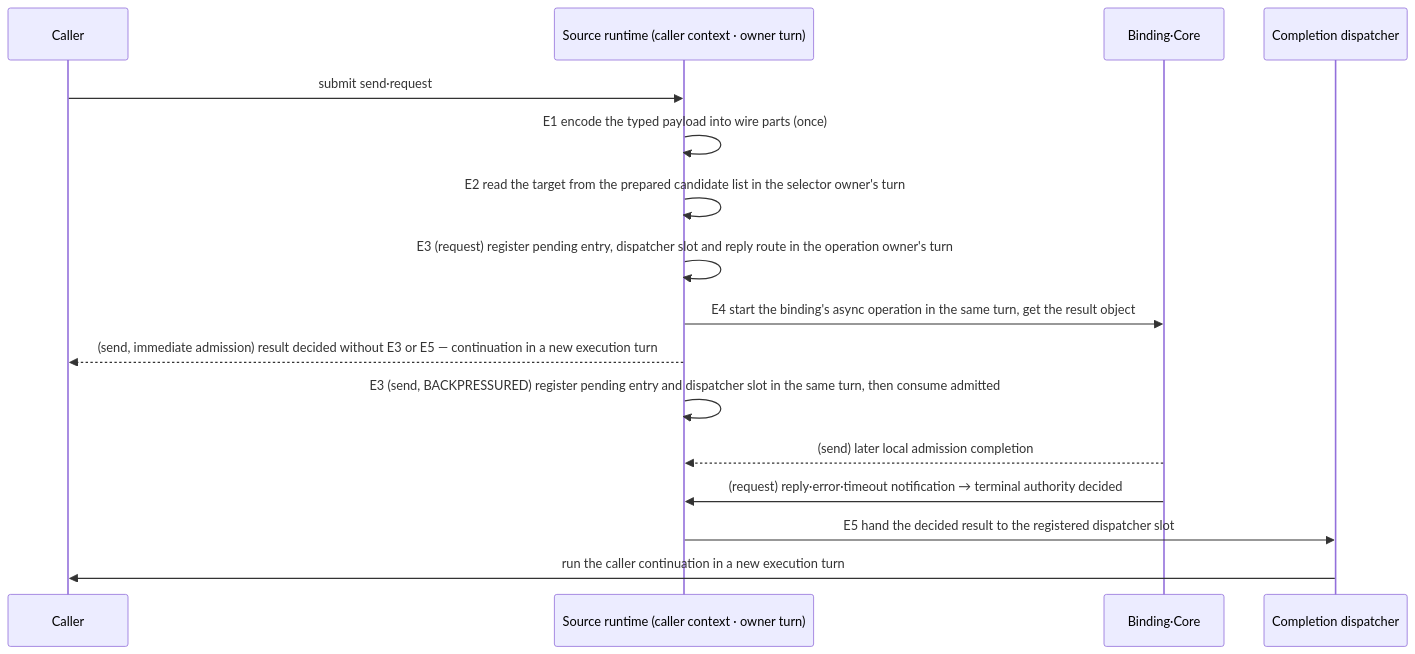
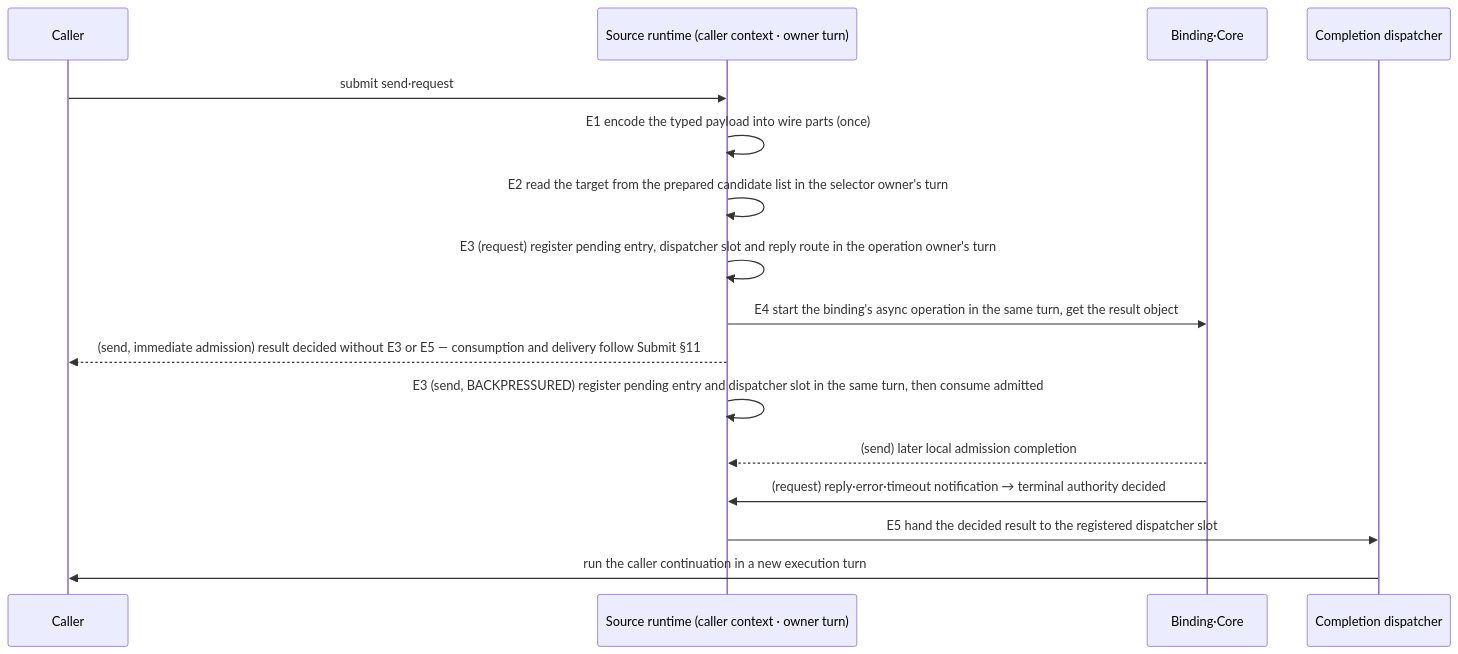
Before and after one commit to zlink-systems/zlink: the first of 2 diagrams in framework/doc/framework/common/spec/server/01-execution/08-messaging-hot-path.en.md, drawn with Mermaid. The commit also changed other lines of this file and 7 other files, not shown here.

````diff
--- a/framework/doc/framework/common/spec/server/01-execution/08-messaging-hot-path.en.md
+++ b/framework/doc/framework/common/spec/server/01-execution/08-messaging-hot-path.en.md
@@ -80,19 +80,19 @@
 ```mermaid
 sequenceDiagram
     participant C as Caller
     participant R as Source runtime (caller context · owner turn)
     participant B as Binding·Core
     participant D as Completion dispatcher
 
     C->>R: submit send·request
     R->>R: E1 encode the typed payload into wire parts (once)
     R->>R: E2 read the target from the prepared candidate list in the selector owner's turn
     R->>R: E3 (request) register pending entry, dispatcher slot and reply route in the operation owner's turn
     R->>B: E4 start the binding's async operation in the same turn, get the result object
-    R-->>C: (send, immediate admission) result decided without E3 or E5 — continuation in a new execution turn
+    R-->>C: (send, immediate admission) result decided without E3 or E5 — consumption and delivery follow Submit §11
     R->>R: E3 (send, BACKPRESSURED) register pending entry and dispatcher slot in the same turn, then consume admitted
     B-->>R: (send) later local admission completion
     B->>R: (request) reply·error·timeout notification → terminal authority decided
     R->>D: E5 hand the decided result to the registered dispatcher slot
     D->>C: run the caller continuation in a new execution turn
 ```
````
